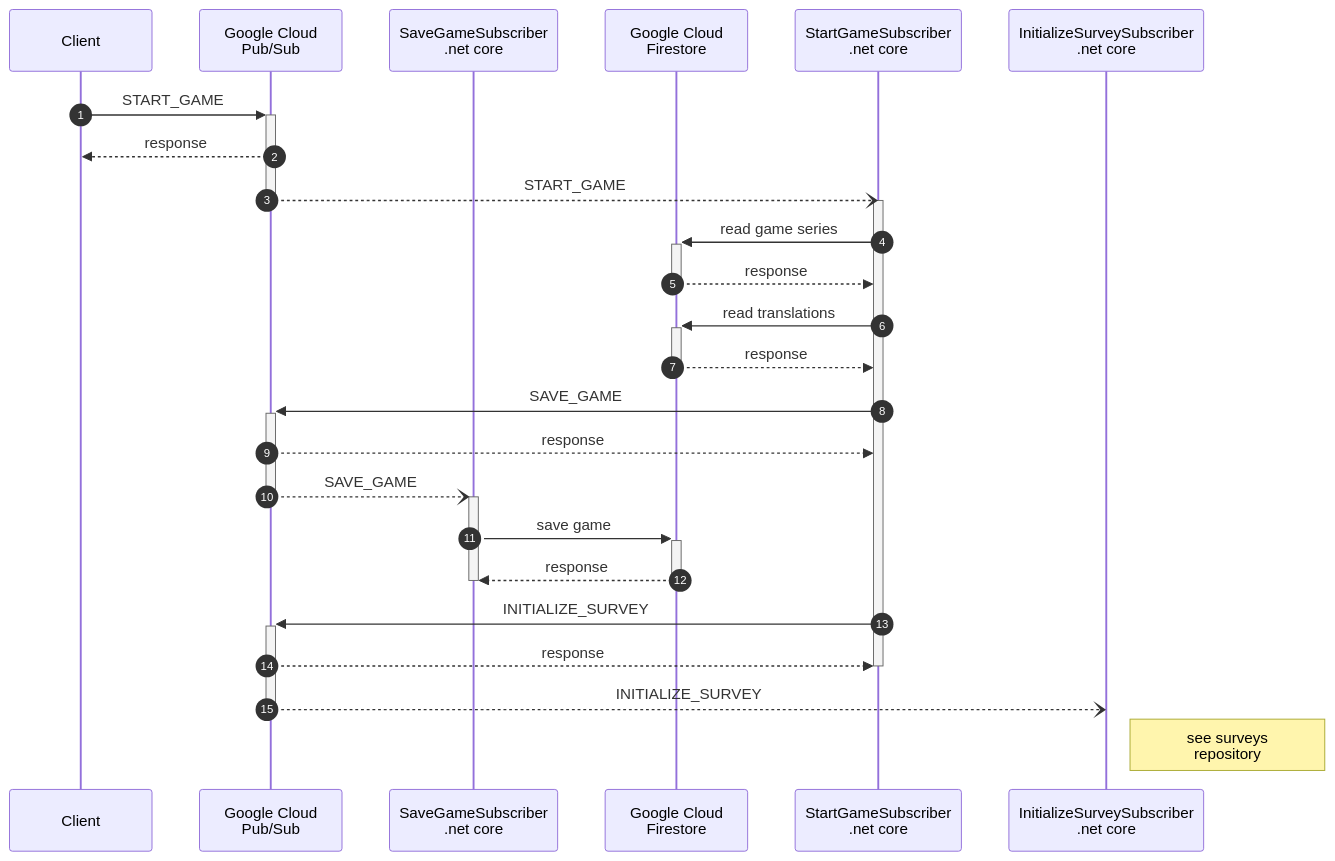
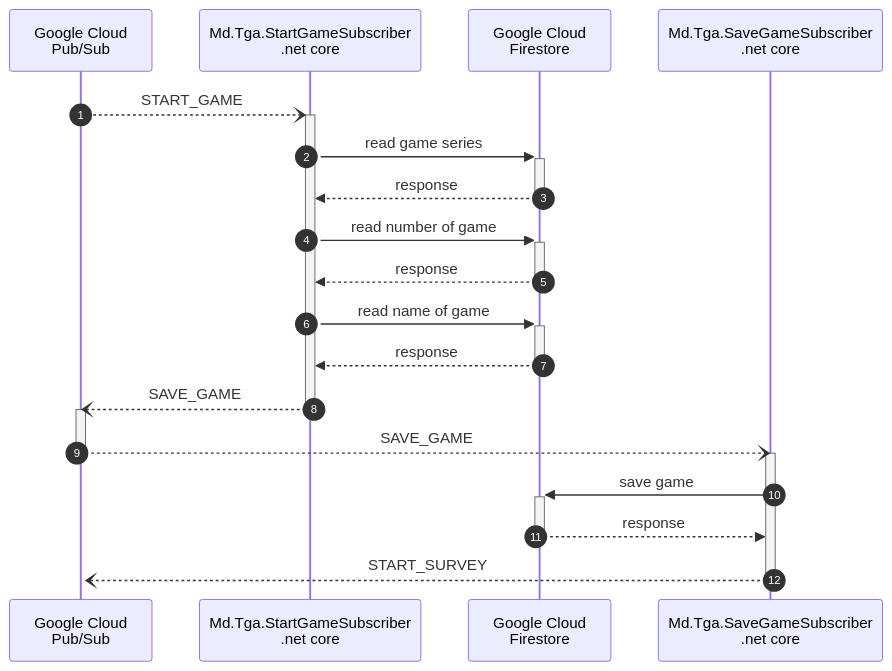
Before and after one commit to MichaelDiers/TabletopGameAdmin: the diagram in doc/start-game.mermaid, drawn with Mermaid. The commit also changed 10 other files, not shown here.

```diff
--- a/doc/start-game.mermaid
+++ b/doc/start-game.mermaid
@@ -1,33 +1,29 @@
 sequenceDiagram
     autonumber
-    participant C as Client
     participant PS as Google Cloud<br>Pub/Sub
-    participant SaveGS as SaveGameSubscriber<br>.net core
+    participant StartGS as Md.Tga.StartGameSubscriber<br>.net core
     participant FS as Google Cloud<br>Firestore
-    participant SGS as StartGameSubscriber<br>.net core
-    participant ISS as InitializeSurveySubscriber<br>.net core
-    C->>+PS: START_GAME
-    PS-->>C: response
-    PS--)SGS: START_GAME
-    deactivate PS 
-    activate SGS
-    SGS->>+FS: read game series
-    FS-->>SGS: response
+    participant SaveGS as Md.Tga.SaveGameSubscriber<br>.net core
+    %% START
+    PS--)+StartGS: START_GAME
+    StartGS->>+FS: read game series
+    FS-->>StartGS: response
     deactivate FS
-    SGS->>+FS: read translations
-    FS-->>SGS: response
+    StartGS->>+FS: read number of game
+    FS-->>StartGS: response
     deactivate FS
-    SGS->>+PS: SAVE_GAME
-    PS-->>SGS: response
-    PS--)+SaveGS: SAVE_GAME
-    deactivate PS 
+    StartGS->>+FS: read name of game
+    FS-->>StartGS: response
+    deactivate FS
+    %% SAVE
+    StartGS--)PS: SAVE_GAME
+    deactivate StartGS
+    activate PS
+    PS--)SaveGS: SAVE_GAME
+    deactivate PS
+    activate SaveGS
     SaveGS->>+FS: save game
     FS-->>SaveGS: response
     deactivate FS
+    SaveGS--)+PS: START_SURVEY
     deactivate SaveGS
-    SGS->>+PS: INITIALIZE_SURVEY
-    PS-->>SGS: response
-    deactivate SGS
-    PS--)ISS: INITIALIZE_SURVEY
-    deactivate PS
-    Note right of ISS: see surveys<br>repository
```
